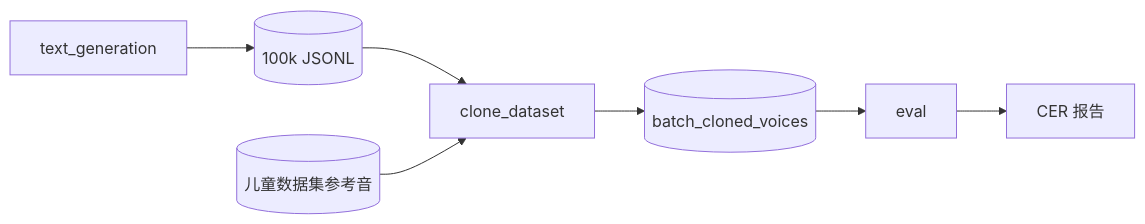
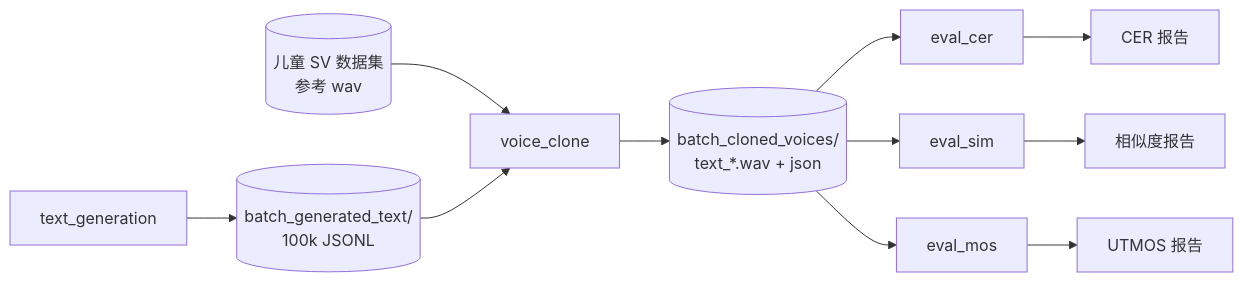
The diagram in batch_generate_text_and_clone/README.md (nanless/OmniVoice-fork), drawn with Mermaid before and after one commit. The commit also changed other lines of this file and 19 other files, not shown here.

````diff
--- a/batch_generate_text_and_clone/README.md
+++ b/batch_generate_text_and_clone/README.md
@@ -67,9 +23,13 @@
 ```mermaid
 flowchart LR
-  TG[text_generation] --> JSONL[(100k JSONL)]
-  JSONL --> CL[clone_dataset]
-  REF[(儿童数据集参考音)] --> CL
-  CL --> WAV[(batch_cloned_voices)]
-  WAV --> EV[eval]
-  EV --> RPT[CER 报告]
+  TG[text_generation] --> JSONL[(batch_generated_text/<br/>100k JSONL)]
+  REF[(儿童 SV 数据集<br/>参考 wav)] --> VC[voice_clone]
+  JSONL --> VC
+  VC --> OUT[(batch_cloned_voices/<br/>text_*.wav + json)]
+  OUT --> CER[eval_cer]
+  OUT --> SIM[eval_sim]
+  OUT --> MOS[eval_mos]
+  CER --> RPT1[CER 报告]
+  SIM --> RPT2[相似度报告]
+  MOS --> RPT3[UTMOS 报告]
 ```
````
